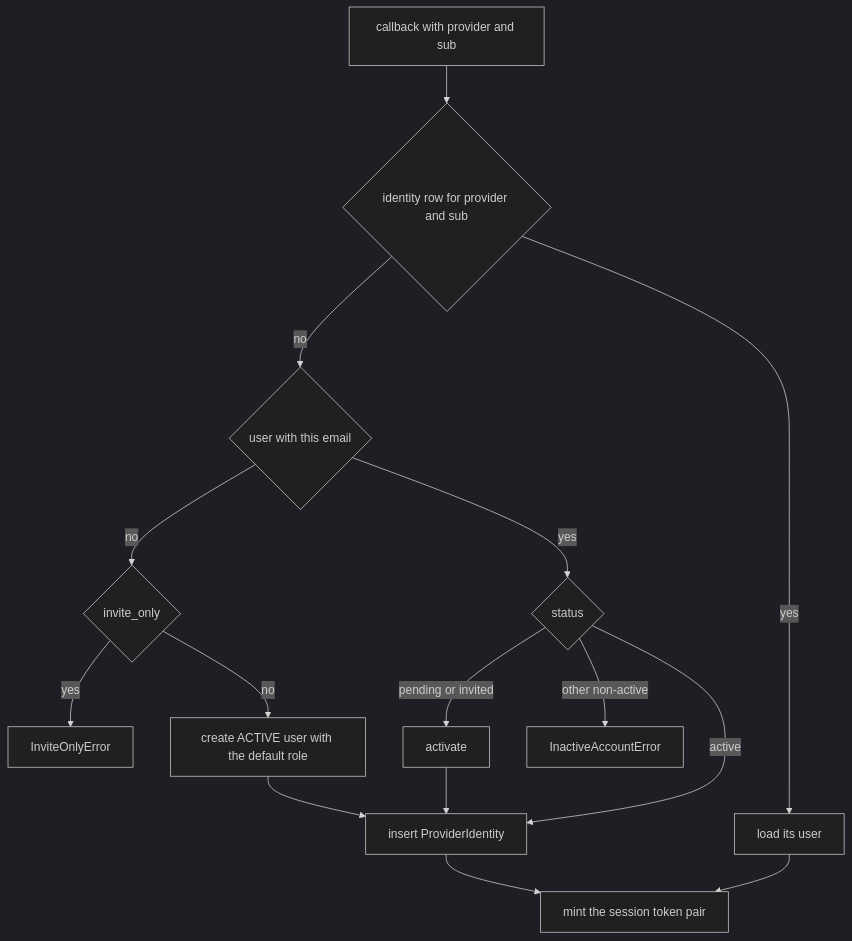
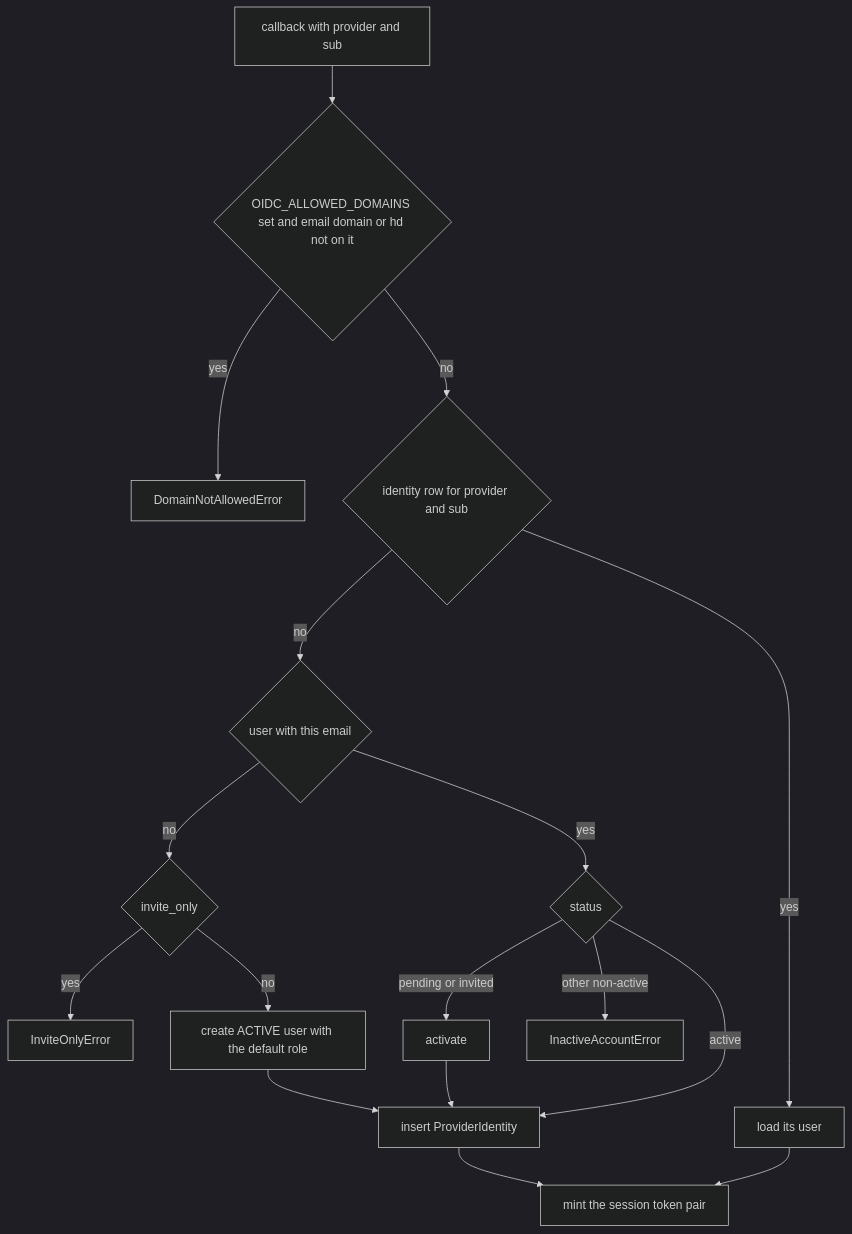
Before and after one commit to humane-intelligence/hi-oss-ai-red-teaming: the diagram in backend/docs/knowledge-base/data-models/provider-identity.md, drawn with Mermaid (dark theme). The commit also changed 21 other files, not shown here.

First line of the commit message:
Restrict OIDC sign-in to an allowlist of e-mail domains (#18)

````diff
--- a/backend/docs/knowledge-base/data-models/provider-identity.md
+++ b/backend/docs/knowledge-base/data-models/provider-identity.md
@@ -40,17 +40,19 @@
 ```mermaid
 flowchart TD
-    CB["callback with provider and sub"] --> ID{identity row for provider and sub}
+    CB["callback with provider and sub"] --> AD{OIDC_ALLOWED_DOMAINS set and email domain or hd not on it}
+    AD -->|yes| ERR0[DomainNotAllowedError]
+    AD -->|no| ID{identity row for provider and sub}
     ID -->|yes| U1[load its user]
     ID -->|no| EM{user with this email}
     EM -->|no| IO{invite_only}
     IO -->|yes| ERR1[InviteOnlyError]
     IO -->|no| NEW[create ACTIVE user with the default role]
     EM -->|yes| ST{status}
     ST -->|pending or invited| ACT[activate]
     ST -->|other non-active| ERR2[InactiveAccountError]
     NEW --> LINK[insert ProviderIdentity]
     ACT --> LINK
     ST -->|active| LINK
     LINK --> TOK[mint the session token pair]
     U1 --> TOK
 ```
````
